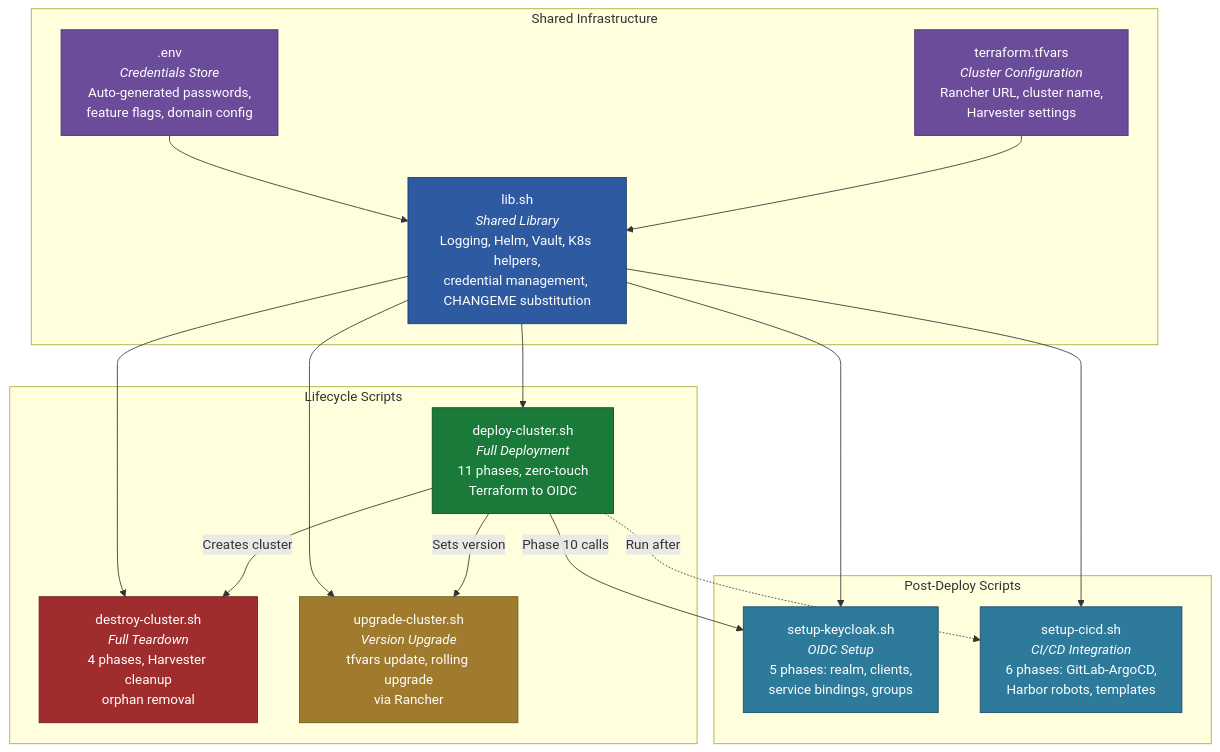
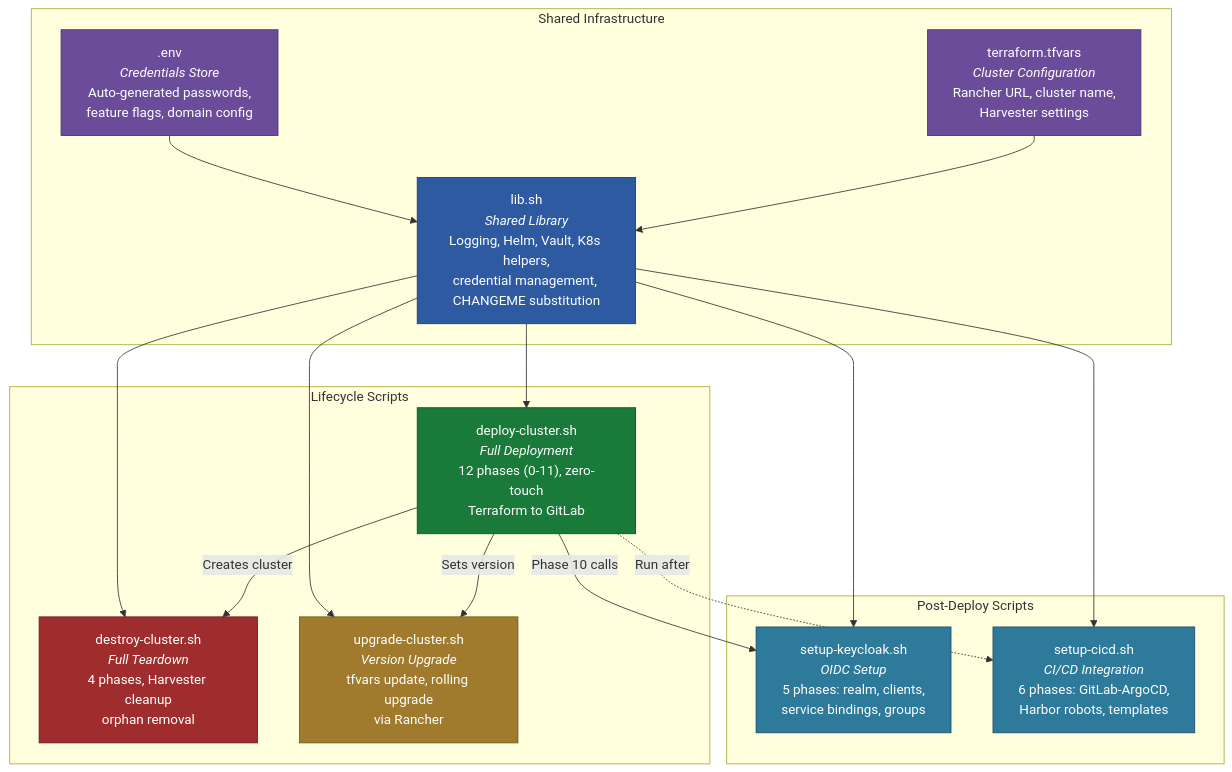
The first of 22 diagrams in docs/engineering/deployment-automation.md (derhornspieler/harvester-rke2-platform), drawn with Mermaid before and after one commit. The commit also changed other lines of this file and 40 other files, not shown here.

````diff
--- a/docs/engineering/deployment-automation.md
+++ b/docs/engineering/deployment-automation.md
@@ -31,43 +31,43 @@
 ```mermaid
 graph TB
     subgraph "Shared Infrastructure"
         LIB["lib.sh<br/><i>Shared Library</i><br/>Logging, Helm, Vault, K8s helpers,<br/>credential management, CHANGEME substitution"]
         ENV[".env<br/><i>Credentials Store</i><br/>Auto-generated passwords,<br/>feature flags, domain config"]
         TFVARS["terraform.tfvars<br/><i>Cluster Configuration</i><br/>Rancher URL, cluster name,<br/>Harvester settings"]
     end
 
     subgraph "Lifecycle Scripts"
-        DEPLOY["deploy-cluster.sh<br/><i>Full Deployment</i><br/>11 phases, zero-touch<br/>Terraform to OIDC"]
+        DEPLOY["deploy-cluster.sh<br/><i>Full Deployment</i><br/>12 phases (0-11), zero-touch<br/>Terraform to GitLab"]
         DESTROY["destroy-cluster.sh<br/><i>Full Teardown</i><br/>4 phases, Harvester cleanup<br/>orphan removal"]
         UPGRADE["upgrade-cluster.sh<br/><i>Version Upgrade</i><br/>tfvars update, rolling upgrade<br/>via Rancher"]
     end
 
     subgraph "Post-Deploy Scripts"
         KEYCLOAK["setup-keycloak.sh<br/><i>OIDC Setup</i><br/>5 phases: realm, clients,<br/>service bindings, groups"]
         CICD["setup-cicd.sh<br/><i>CI/CD Integration</i><br/>6 phases: GitLab-ArgoCD,<br/>Harbor robots, templates"]
     end
 
     LIB --> DEPLOY
     LIB --> DESTROY
     LIB --> UPGRADE
     LIB --> KEYCLOAK
     LIB --> CICD
 
     ENV --> LIB
     TFVARS --> LIB
 
     DEPLOY -->|"Phase 10 calls"| KEYCLOAK
     DEPLOY -.->|"Run after"| CICD
 
     DEPLOY -->|"Creates cluster"| DESTROY
     DEPLOY -->|"Sets version"| UPGRADE
 
     style LIB fill:#2d5aa0,stroke:#1a3a6a,color:#fff
     style ENV fill:#6b4c9a,stroke:#4a3470,color:#fff
     style TFVARS fill:#6b4c9a,stroke:#4a3470,color:#fff
     style DEPLOY fill:#1a7a3a,stroke:#0d4d22,color:#fff
     style DESTROY fill:#a02d2d,stroke:#6a1a1a,color:#fff
     style UPGRADE fill:#a07a2d,stroke:#6a5a1a,color:#fff
     style KEYCLOAK fill:#2d7a9a,stroke:#1a4a6a,color:#fff
     style CICD fill:#2d7a9a,stroke:#1a4a6a,color:#fff
 ```
````
